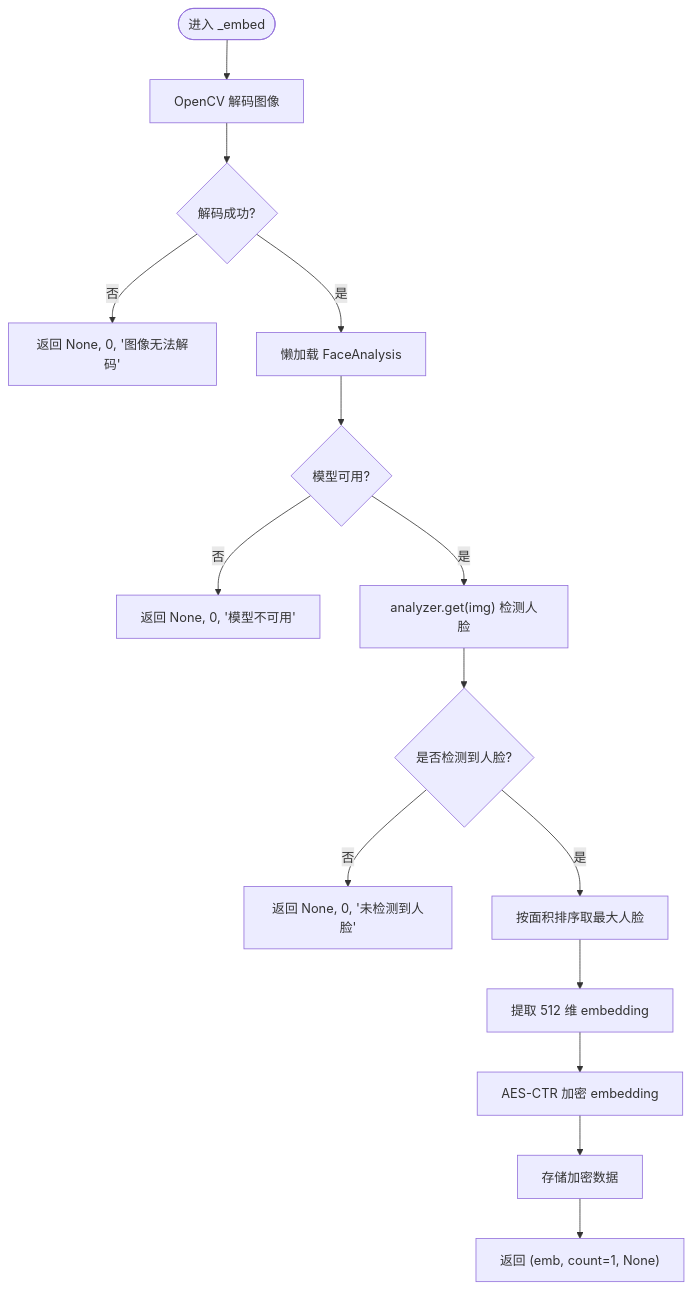
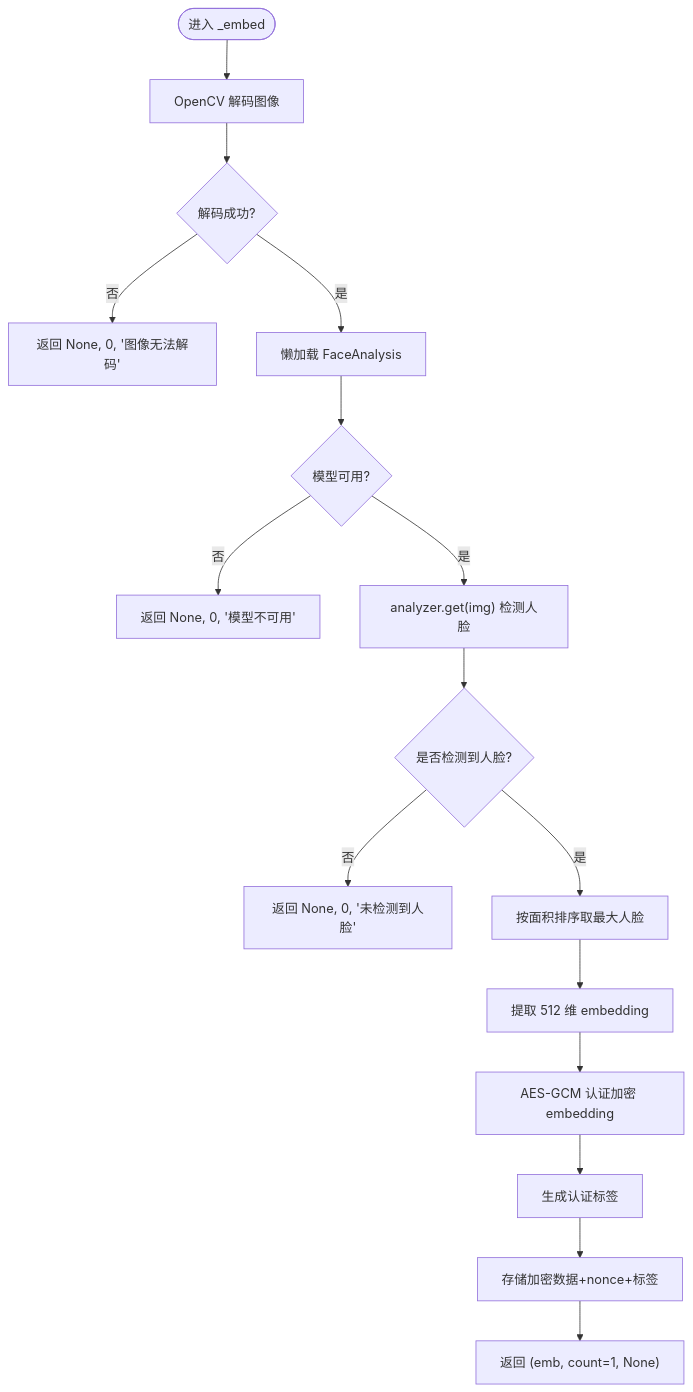
The third of 5 diagrams in .qoder/repowiki/zh/content/暑假作业打卡系统/核心业务功能/人脸识别系统.md (onebody/homework), drawn with Mermaid before and after one commit. The commit also changed other lines of this file and 28 other files, not shown here.

````diff
--- a/.qoder/repowiki/zh/content/暑假作业打卡系统/核心业务功能/人脸识别系统.md
+++ b/.qoder/repowiki/zh/content/暑假作业打卡系统/核心业务功能/人脸识别系统.md
@@ -219,17 +223,18 @@
 ```mermaid
 flowchart TD
 Start(["进入 _embed"]) --> Decode["OpenCV 解码图像"]
 Decode --> Decoded{"解码成功?"}
 Decoded --> |否| ReturnErr["返回 None, 0, '图像无法解码'"]
 Decoded --> |是| GetAnalyzer["懒加载 FaceAnalysis"]
 GetAnalyzer --> AnalyzerOK{"模型可用?"}
 AnalyzerOK --> |否| ReturnModel["返回 None, 0, '模型不可用'"]
 AnalyzerOK --> |是| Detect["analyzer.get(img) 检测人脸"]
 Detect --> HasFaces{"是否检测到人脸?"}
 HasFaces --> |否| ReturnNoFace["返回 None, 0, '未检测到人脸'"]
 HasFaces --> |是| SortFaces["按面积排序取最大人脸"]
 SortFaces --> ExtractEmb["提取 512 维 embedding"]
-ExtractEmb --> Encrypt["AES-CTR 加密 embedding"]
-Encrypt --> Store["存储加密数据"]
+ExtractEmb --> Encrypt["AES-GCM 认证加密 embedding"]
+Encrypt --> GenerateTag["生成认证标签"]
+GenerateTag --> Store["存储加密数据+nonce+标签"]
 Store --> ReturnOk["返回 (emb, count=1, None)"]
 ```
````
